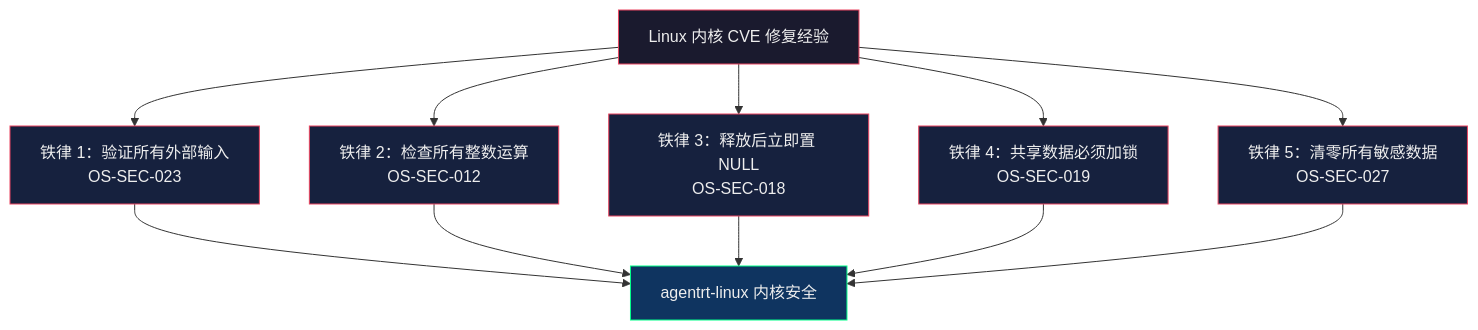
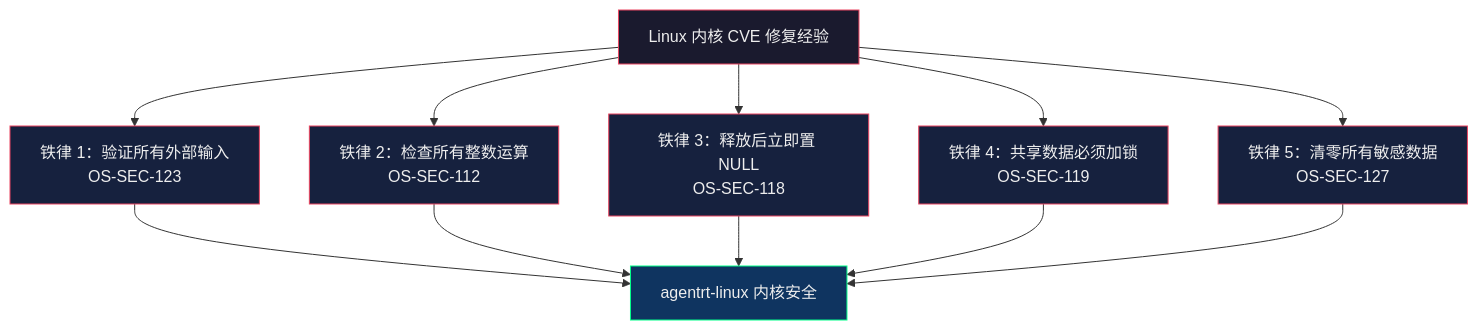
Before and after one commit to openairymax/docs-linux: the second of 2 diagrams in 50-engineering-standards/10-coding-style/C_Cpp_coding_style.md, drawn with Mermaid. The commit also changed other lines of this file and 72 other files, not shown here.

````diff
--- a/50-engineering-standards/10-coding-style/C_Cpp_coding_style.md
+++ b/50-engineering-standards/10-coding-style/C_Cpp_coding_style.md
@@ -3331,22 +3335,22 @@
 ```mermaid
 graph TD
-    CVE["Linux 内核 CVE 修复经验"] --> T1["铁律 1：验证所有外部输入<br/>OS-SEC-023"]
-    CVE --> T2["铁律 2：检查所有整数运算<br/>OS-SEC-012"]
-    CVE --> T3["铁律 3：释放后立即置 NULL<br/>OS-SEC-018"]
-    CVE --> T4["铁律 4：共享数据必须加锁<br/>OS-SEC-019"]
-    CVE --> T5["铁律 5：清零所有敏感数据<br/>OS-SEC-027"]
+    CVE["Linux 内核 CVE 修复经验"] --> T1["铁律 1：验证所有外部输入<br/>OS-SEC-123"]
+    CVE --> T2["铁律 2：检查所有整数运算<br/>OS-SEC-112"]
+    CVE --> T3["铁律 3：释放后立即置 NULL<br/>OS-SEC-118"]
+    CVE --> T4["铁律 4：共享数据必须加锁<br/>OS-SEC-119"]
+    CVE --> T5["铁律 5：清零所有敏感数据<br/>OS-SEC-127"]
 
     T1 --> GOAL["agentrt-linux 内核安全"]
     T2 --> GOAL
     T3 --> GOAL
     T4 --> GOAL
     T5 --> GOAL
 
     style CVE fill:#1a1a2e,stroke:#e94560,color:#eee
     style GOAL fill:#0f3460,stroke:#00ff88,color:#eee
     style T1 fill:#16213e,stroke:#e94560,color:#eee
     style T2 fill:#16213e,stroke:#e94560,color:#eee
     style T3 fill:#16213e,stroke:#e94560,color:#eee
     style T4 fill:#16213e,stroke:#e94560,color:#eee
     style T5 fill:#16213e,stroke:#e94560,color:#eee
 ```
````
